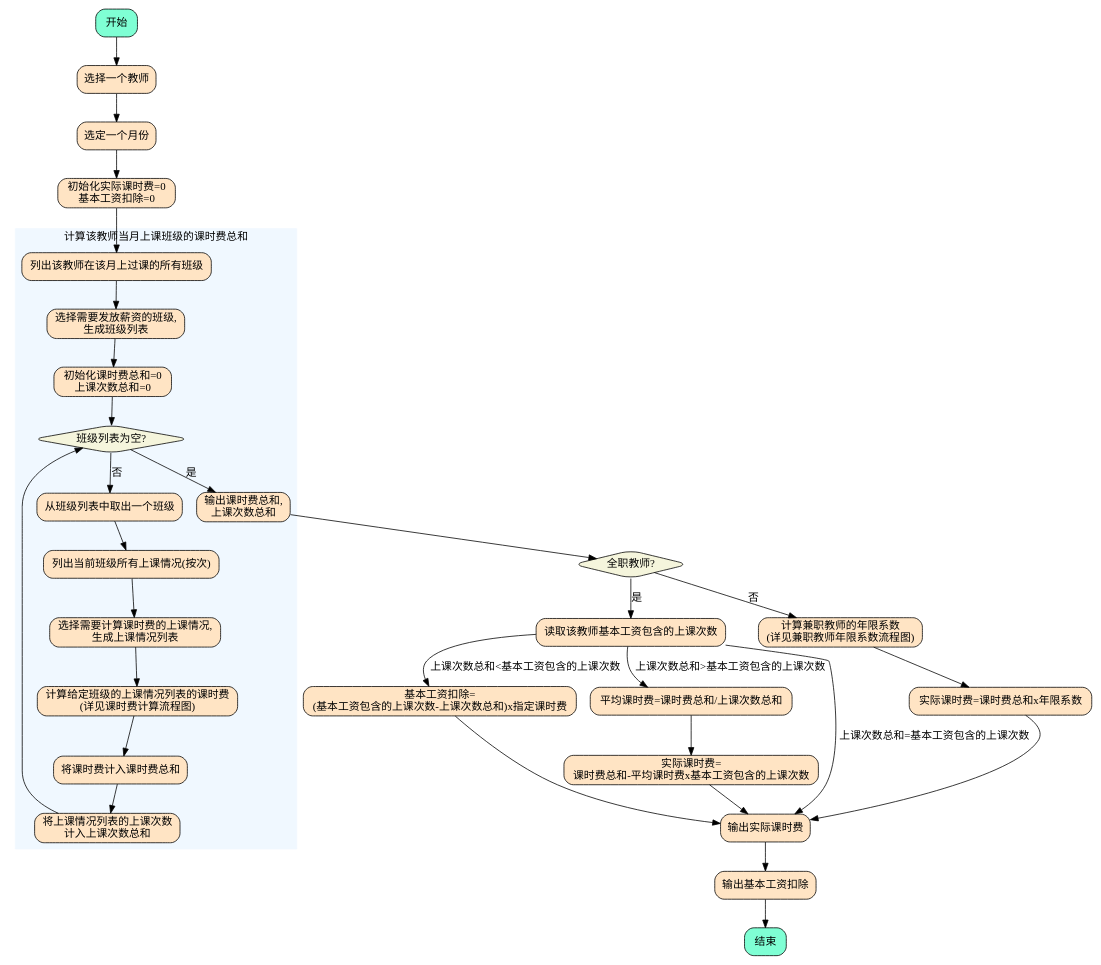
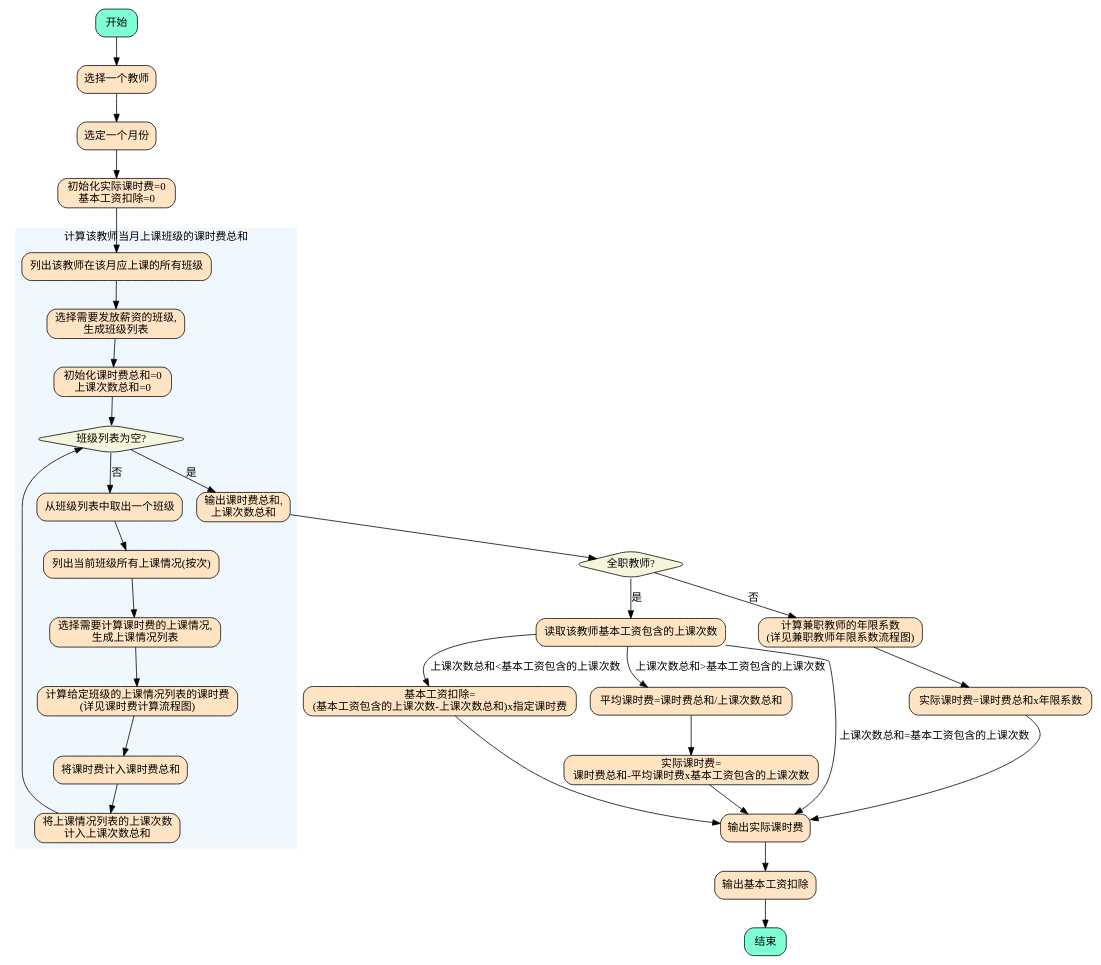
The diagram in management-system/hr/pay/pay-for-class/svg/03.dot (diandian888/mx-requirements), drawn with Graphviz before and after one commit. The commit also changed 1 other file, not shown here.

```diff
--- a/management-system/hr/pay/pay-for-class/svg/03.dot
+++ b/management-system/hr/pay/pay-for-class/svg/03.dot
@@ -1,72 +1,72 @@
 digraph {
     node [shape="box", style="rounded,filled", fillcolor="aquamarine"]
         start[label="开始"];
         end[label="结束"];
 
     node [shape="box", style="rounded,filled", fillcolor="bisque"]
         s1[label="选择一个教师"];
         s2[label="选定一个月份"];
         s3[label="初始化实际课时费=0\n基本工资扣除=0"];
         s_c1_y1[label="读取该教师基本工资包含的上课次数"];
         s_c1_n1[label="计算兼职教师的年限系数\n(详见兼职教师年限系数流程图)"];
         s_c1_n2[label="实际课时费=课时费总和x年限系数"];
         s_c1_y2_b[label="基本工资扣除=\n(基本工资包含的上课次数-上课次数总和)x指定课时费"];
         s_c1_y2_c1[label="平均课时费=课时费总和/上课次数总和"];
         s_c1_y2_c2[label="实际课时费=\n课时费总和-平均课时费x基本工资包含的上课次数"];
         s_c1_n2[label="实际课时费=课时费总和x年限系数"];
         s4[label="输出实际课时费"];
         s5[label="输出基本工资扣除"];
 
     node [shape="diamond", style="rounded,filled", fillcolor="beige"]
         c1[label="全职教师?"];
 
     subgraph cluster1 {
         label="计算该教师当月上课班级的课时费总和"
         style="filled";
         color="aliceblue";
 
         node [shape="box", style="rounded,filled", fillcolor="bisque"]
-            sub1_s1[label="列出该教师在该月上过课的所有班级"];
+            sub1_s1[label="列出该教师在该月应上课的所有班级"];
             sub1_s2[label="选择需要发放薪资的班级,\n生成班级列表"];
             sub1_s3[label="初始化课时费总和=0\n上课次数总和=0"];
             sub1_s_c1_y1[label="输出课时费总和,\n上课次数总和"];
             sub1_s_c1_n1[label="从班级列表中取出一个班级"];
             sub1_s_c1_n2[label="列出当前班级所有上课情况(按次)"]
             sub1_s_c1_n3[label="选择需要计算课时费的上课情况,\n生成上课情况列表"];
             sub1_s_c1_n4[label="计算给定班级的上课情况列表的课时费\n(详见课时费计算流程图)"];
             sub1_s_c1_n5[label="将课时费计入课时费总和"];
             sub1_s_c1_n6[label="将上课情况列表的上课次数\n计入上课次数总和"];
 
         node [shape="diamond", style="rounded,filled", fillcolor="beige"]
             sub1_c1[label="班级列表为空?"];
 
         sub1_s1 -> sub1_s2 -> sub1_s3 -> sub1_c1;
 
         sub1_c1 -> sub1_s_c1_y1[label="是"];
         sub1_c1 -> sub1_s_c1_n1[label="否"];
 
         sub1_s_c1_n1 -> sub1_s_c1_n2 -> sub1_s_c1_n3 -> sub1_s_c1_n4 -> sub1_s_c1_n5 -> sub1_s_c1_n6;
         sub1_s_c1_n6 -> sub1_c1;
     }
     
     start -> s1 -> s2 -> s3 -> sub1_s1;
     sub1_s_c1_y1 -> c1;
     
     c1 -> s_c1_y1[label="是"];
     c1 -> s_c1_n1[label="否"];
 
     // 全职教师
     s_c1_y1 -> s4[label="上课次数总和=基本工资包含的上课次数"]; 
     s_c1_y1 -> s_c1_y2_b[label="上课次数总和<基本工资包含的上课次数"];
     s_c1_y1 -> s_c1_y2_c1[label="上课次数总和>基本工资包含的上课次数"];
 
     s4 -> s5 -> end;
     s_c1_y2_b -> s4;
     s_c1_y2_c1 -> s_c1_y2_c2 -> s4;
 
     // 兼职教师
     s_c1_n1 -> s_c1_n2;
     s_c1_n2 -> s4;
  
     {rank=max end}
 }
```
